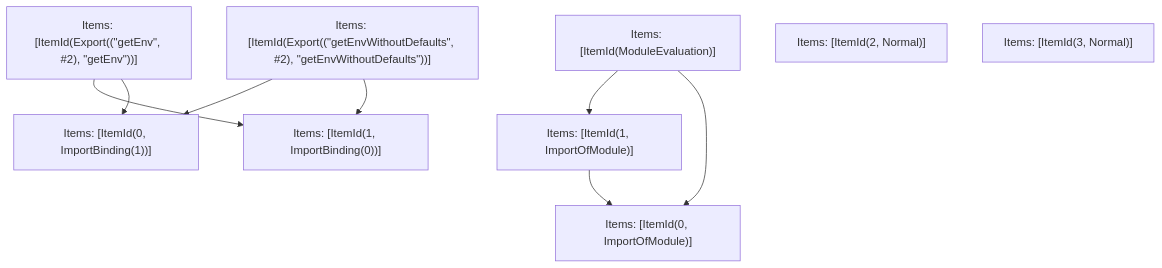
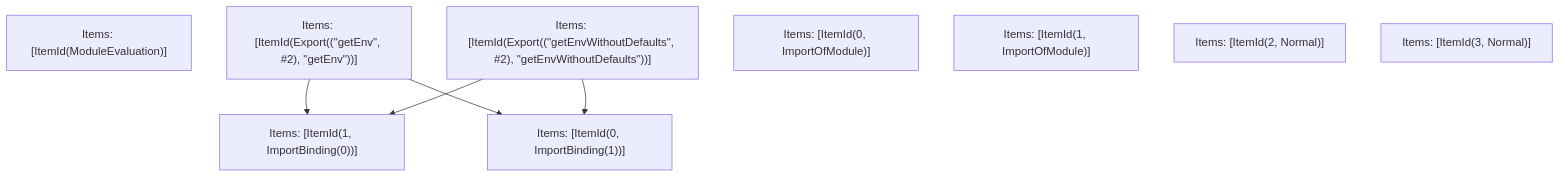
One commit to Sonar-UX-Testing-FreePlan/next.js changed the fifth of 5 diagrams in turbopack/crates/turbopack-ecmascript/tests/tree-shaker/analyzer/otel-core/output.md. Above: the diagram before and after it, drawn with Mermaid. The commit also changed other lines of this file and 30 other files, not shown here.

````diff
--- a/turbopack/crates/turbopack-ecmascript/tests/tree-shaker/analyzer/otel-core/output.md
+++ b/turbopack/crates/turbopack-ecmascript/tests/tree-shaker/analyzer/otel-core/output.md
@@ -174,19 +174,16 @@
 ```mermaid
 graph TD
     N0["Items: [ItemId(ModuleEvaluation)]"];
     N1["Items: [ItemId(Export((&quot;getEnv&quot;, #2), &quot;getEnv&quot;))]"];
     N2["Items: [ItemId(Export((&quot;getEnvWithoutDefaults&quot;, #2), &quot;getEnvWithoutDefaults&quot;))]"];
-    N3["Items: [ItemId(0, ImportOfModule)]"];
-    N4["Items: [ItemId(0, ImportBinding(1))]"];
-    N5["Items: [ItemId(1, ImportOfModule)]"];
-    N6["Items: [ItemId(1, ImportBinding(0))]"];
+    N3["Items: [ItemId(0, ImportBinding(1))]"];
+    N4["Items: [ItemId(1, ImportBinding(0))]"];
+    N5["Items: [ItemId(0, ImportOfModule)]"];
+    N6["Items: [ItemId(1, ImportOfModule)]"];
     N7["Items: [ItemId(2, Normal)]"];
     N8["Items: [ItemId(3, Normal)]"];
-    N5 --> N3;
-    N1 --> N6;
+    N1 --> N4;
+    N1 --> N3;
+    N2 --> N3;
     N2 --> N4;
-    N0 --> N5;
-    N2 --> N6;
-    N1 --> N4;
-    N0 --> N3;
 ```
````
